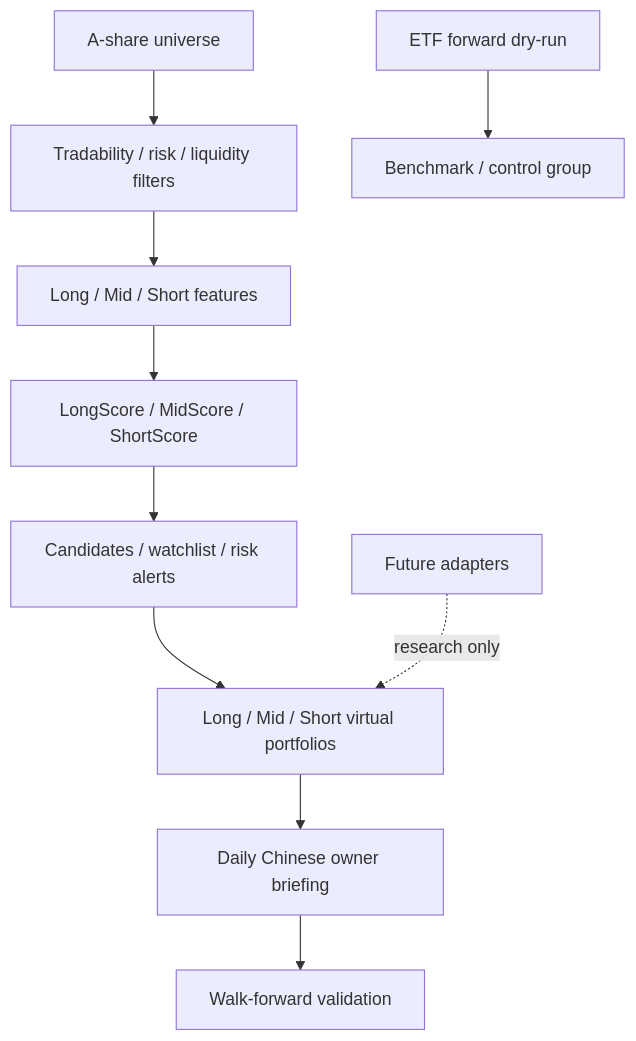
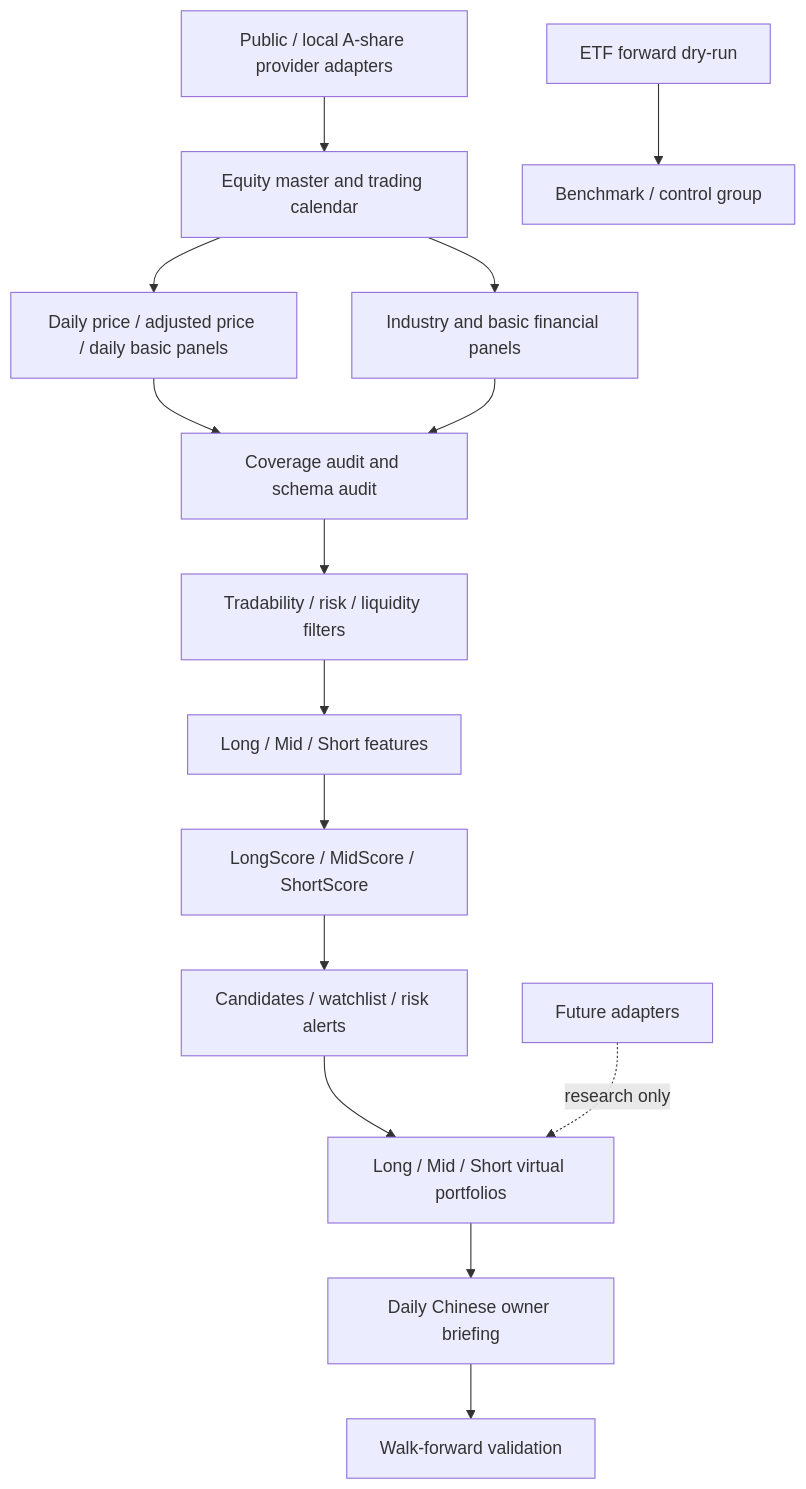
The diagram in docs/V0_7_ARCHITECTURE.md (chuyc11/atlas-trading-core), drawn with Mermaid before and after one commit. The commit also changed other lines of this file and 73 other files, not shown here.

````diff
--- a/docs/V0_7_ARCHITECTURE.md
+++ b/docs/V0_7_ARCHITECTURE.md
@@ -29,12 +36,17 @@
 ```mermaid
 flowchart TD
-  A["A-share universe"] --> B["Tradability / risk / liquidity filters"]
+  P["Public / local A-share provider adapters"] --> U["Equity master and trading calendar"]
+  U --> M["Daily price / adjusted price / daily basic panels"]
+  U --> I["Industry and basic financial panels"]
+  M --> Q["Coverage audit and schema audit"]
+  I --> Q
+  Q --> B["Tradability / risk / liquidity filters"]
   B --> C["Long / Mid / Short features"]
   C --> D["LongScore / MidScore / ShortScore"]
   D --> E["Candidates / watchlist / risk alerts"]
   E --> F["Long / Mid / Short virtual portfolios"]
   F --> G["Daily Chinese owner briefing"]
   G --> H["Walk-forward validation"]
-  I["ETF forward dry-run"] --> J["Benchmark / control group"]
+  X["ETF forward dry-run"] --> J["Benchmark / control group"]
   K["Future adapters"] -. "research only" .-> F
 ```
````
